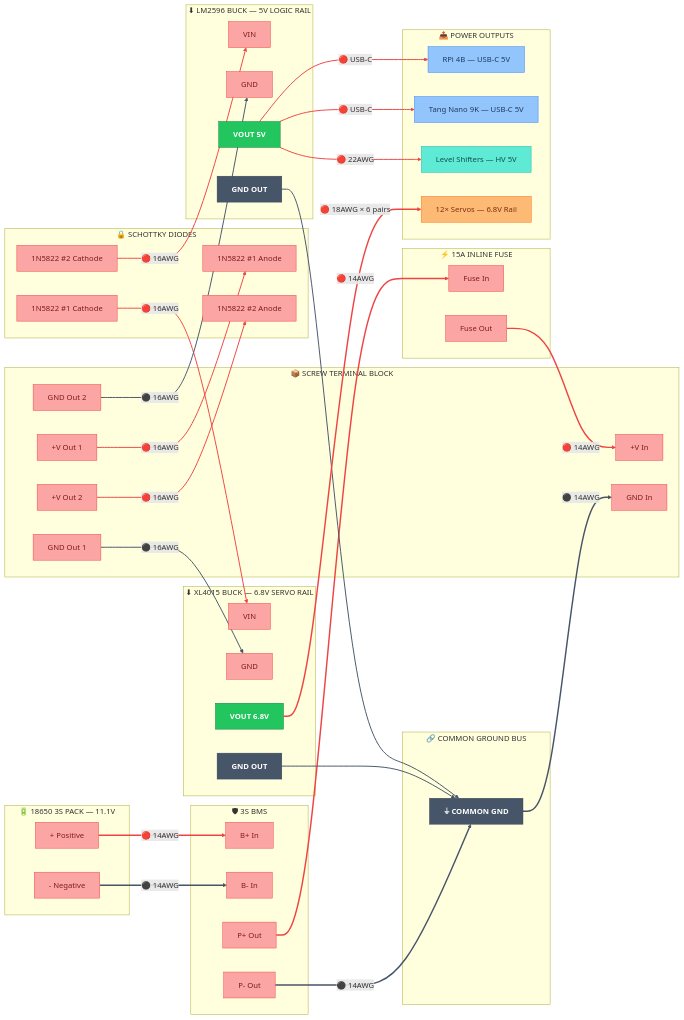
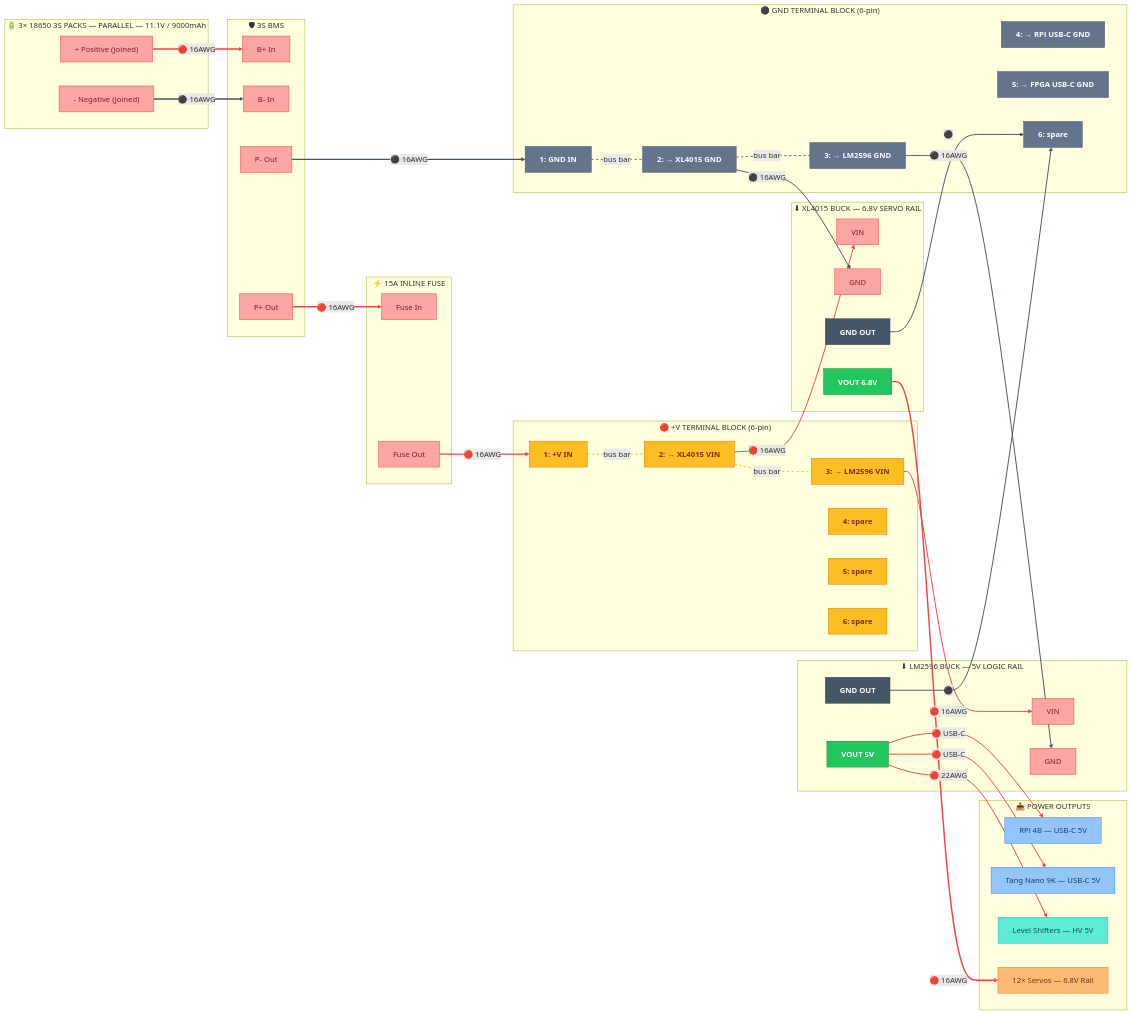
One commit to Major-Project-001/VIGIL-RQ changed the first of 3 diagrams in control/docs/wiring_power.md. Above: the diagram before and after it, drawn with Mermaid. The commit also changed other lines of this file, not shown here.

Commit message:
docs: update wiring_power.md with 2x 6-pin terminal blocks, 3-pack parallel battery, Mermaid diagrams

````diff
--- a/control/docs/wiring_power.md
+++ b/control/docs/wiring_power.md
@@ -13,10 +13,12 @@
     classDef rpiPin fill:#93c5fd,stroke:#3b82f6,color:#1e3a5f
     classDef lsPin fill:#5eead4,stroke:#14b8a6,color:#134e4a
     classDef servoPin fill:#fdba74,stroke:#f97316,color:#7c2d12
+    classDef posBlock fill:#fbbf24,stroke:#d97706,color:#7c2d12,font-weight:bold
+    classDef gndBlock fill:#64748b,stroke:#475569,color:#fff,font-weight:bold
 
-    subgraph BATTERY["🔋 18650 3S PACK — 11.1V"]
-        BAT_POS["+ Positive"]:::powerPin
-        BAT_NEG["- Negative"]:::powerPin
+    subgraph BATTERY["🔋 3× 18650 3S PACKS — PARALLEL — 11.1V / 9000mAh"]
+        BAT_POS["+ Positive (joined)"]:::powerPin
+        BAT_NEG["- Negative (joined)"]:::powerPin
     end
 
     subgraph BMS_BLOCK["🛡 3S BMS"]
@@ -31,20 +33,22 @@
         FUSE_OUT["Fuse Out"]:::powerPin
     end
 
-    subgraph TERMINAL["📦 SCREW TERMINAL BLOCK"]
-        T_VIN["+V In"]:::powerPin
-        T_GND["GND In"]:::powerPin
-        T_OUT1["+V Out 1"]:::powerPin
-        T_OUT2["+V Out 2"]:::powerPin
-        T_GND1["GND Out 1"]:::powerPin
-        T_GND2["GND Out 2"]:::powerPin
+    subgraph POS_TERMINAL["🔴 +V TERMINAL BLOCK (6-pin)"]
+        PT1["1: +V IN"]:::posBlock
+        PT2["2: → XL4015 VIN"]:::posBlock
+        PT3["3: → LM2596 VIN"]:::posBlock
+        PT4["4: spare"]:::posBlock
+        PT5["5: spare"]:::posBlock
+        PT6["6: spare"]:::posBlock
     end
 
-    subgraph DIODES["🔒 SCHOTTKY DIODES"]
-        D1_A["1N5822 #1 Anode"]:::powerPin
-        D1_K["1N5822 #1 Cathode"]:::powerPin
-        D2_A["1N5822 #2 Anode"]:::powerPin
-        D2_K["1N5822 #2 Cathode"]:::powerPin
+    subgraph GND_TERMINAL["⚫ GND TERMINAL BLOCK (6-pin)"]
+        GT1["1: GND IN"]:::gndBlock
+        GT2["2: → XL4015 GND"]:::gndBlock
+        GT3["3: → LM2596 GND"]:::gndBlock
+        GT4["4: → RPi USB-C GND"]:::gndBlock
+        GT5["5: → FPGA USB-C GND"]:::gndBlock
+        GT6["6: spare"]:::gndBlock
     end
 
     subgraph BUCK_SERVO["⬇ XL4015 BUCK — 6.8V SERVO RAIL"]
@@ -61,10 +65,6 @@
         BL_GNDO["GND OUT"]:::gnd
     end
 
-    subgraph COMMON_BUS["🔗 COMMON GROUND BUS"]
-        GND_BUS["⏚ COMMON GND"]:::gnd
-    end
-
     subgraph LOADS["📤 POWER OUTPUTS"]
         RPI_5V["RPi 4B — USB-C 5V"]:::rpiPin
         FPGA_5V["Tang Nano 9K — USB-C 5V"]:::rpiPin
@@ -72,45 +72,51 @@
         SERVO_PWR["12× Servos — 6.8V Rail"]:::servoPin
     end
 
-    %% Battery → BMS (links 0-1)
-    BAT_POS -->|"🔴 14AWG"| BMS_BIN
-    BAT_NEG -->|"⚫ 14AWG"| BMS_BMIN
+    %% Battery → BMS
+    BAT_POS -->|"🔴 16AWG"| BMS_BIN
+    BAT_NEG -->|"⚫ 16AWG"| BMS_BMIN
 
-    %% BMS → Fuse/GND (links 2-3)
-    BMS_POUT -->|"🔴 14AWG"| FUSE_IN
-    BMS_NOUT -->|"⚫ 14AWG"| GND_BUS
+    %% BMS → Fuse / GND terminal
+    BMS_POUT -->|"🔴 16AWG"| FUSE_IN
+    BMS_NOUT -->|"⚫ 16AWG"| GT1
 
-    %% Fuse → Terminal (links 4-5)
-    FUSE_OUT -->|"🔴 14AWG"| T_VIN
-    GND_BUS -->|"⚫ 14AWG"| T_GND
+    %% Fuse → +V terminal
+    FUSE_OUT -->|"🔴 16AWG"| PT1
 
-    %% Terminal → Diodes → Bucks (links 6-11)
-    T_OUT1 -->|"🔴 16AWG"| D1_A
-    D1_K -->|"🔴 16AWG"| BS_VIN
-    T_OUT2 -->|"🔴 16AWG"| D2_A
-    D2_K -->|"🔴 16AWG"| BL_VIN
-    T_GND1 -->|"⚫ 16AWG"| BS_GND
-    T_GND2 -->|"⚫ 16AWG"| BL_GND
+    %% +V terminal → bucks
+    PT2 -->|"🔴 16AWG"| BS_VIN
+    PT3 -->|"🔴 16AWG"| BL_VIN
 
-    %% Buck GND → common (links 12-13)
-    BS_GNDO --> GND_BUS
-    BL_GNDO --> GND_BUS
+    %% GND terminal → bucks
+    GT2 -->|"⚫ 16AWG"| BS_GND
+    GT3 -->|"⚫ 16AWG"| BL_GND
 
-    %% Buck outputs → loads (links 14-17)
-    BS_VOUT ==>|"🔴 18AWG × 6 pairs"| SERVO_PWR
+    %% Buck GND returns → GND terminal
+    BS_GNDO -->|"⚫"| GT6
+    BL_GNDO -->|"⚫"| GT6
+
+    %% Buck outputs → loads
+    BS_VOUT ==>|"🔴 16AWG"| SERVO_PWR
     BL_VOUT -->|"🔴 USB-C"| RPI_5V
     BL_VOUT -->|"🔴 USB-C"| FPGA_5V
     BL_VOUT -->|"🔴 22AWG"| LS_HV
+
+    %% Bus bars (internal jumpers)
+    PT1 ---|"bus bar"| PT2
+    PT2 ---|"bus bar"| PT3
+    GT1 ---|"bus bar"| GT2
+    GT2 ---|"bus bar"| GT3
 
     linkStyle 0 stroke:#ef4444,stroke-width:3px
     linkStyle 1 stroke:#475569,stroke-width:3px
     linkStyle 2 stroke:#ef4444,stroke-width:3px
     linkStyle 3 stroke:#475569,stroke-width:3px
     linkStyle 4 stroke:#ef4444,stroke-width:3px
-    linkStyle 5 stroke:#475569,stroke-width:3px
-    linkStyle 6,7,8,9 stroke:#ef4444,stroke-width:2px
-    linkStyle 10,11 stroke:#475569,stroke-width:2px
-    linkStyle 12,13 stroke:#475569,stroke-width:2px
-    linkStyle 14 stroke:#ef4444,stroke-width:3px
-    linkStyle 15,16,17 stroke:#ef4444,stroke-width:2px
+    linkStyle 5,6 stroke:#ef4444,stroke-width:2px
+    linkStyle 7,8 stroke:#475569,stroke-width:2px
+    linkStyle 9,10 stroke:#475569,stroke-width:2px
+    linkStyle 11 stroke:#ef4444,stroke-width:3px
+    linkStyle 12,13,14 stroke:#ef4444,stroke-width:2px
+    linkStyle 15,16 stroke:#fbbf24,stroke-width:2px,stroke-dasharray:5
+    linkStyle 17,18 stroke:#64748b,stroke-width:2px,stroke-dasharray:5
 ```
````
